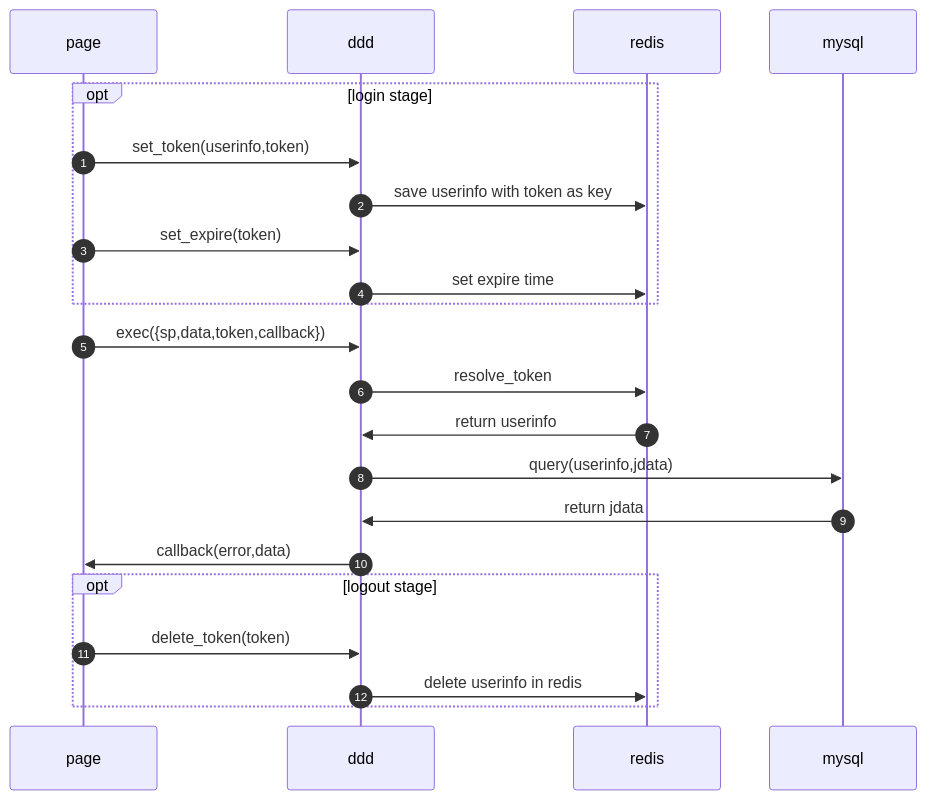
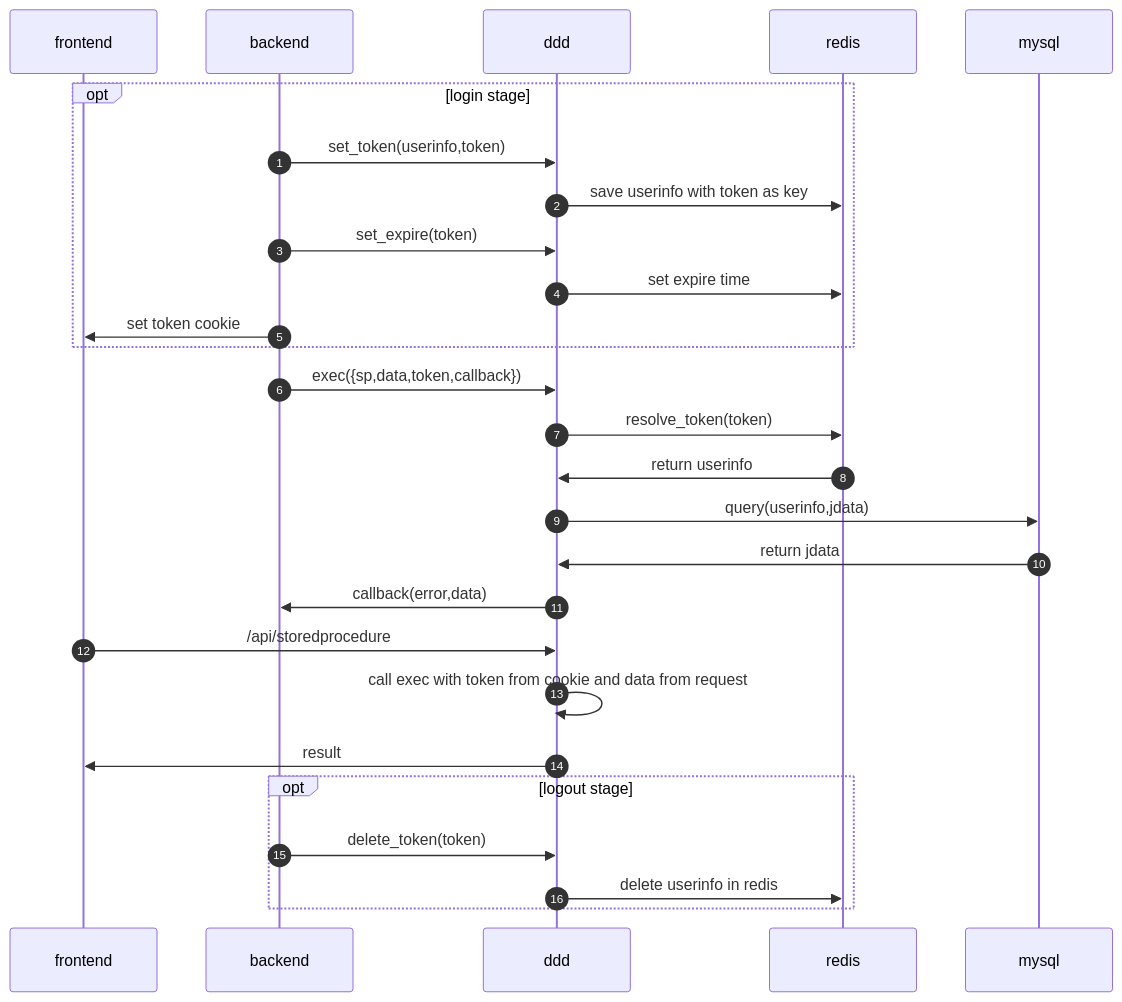
The diagram in README.md (eprom2006/wf-mysql-ddd), drawn with Mermaid before and after one commit. The commit also changed other lines of this file, not shown here.

````diff
--- a/README.md
+++ b/README.md
@@ -125,22 +6,30 @@
 ```mermaid
 sequenceDiagram
 autonumber
+    participant frontend
+    participant backend
+
     opt login stage
-    page->>ddd:set_token(userinfo,token)
+    backend->>ddd:set_token(userinfo,token)
     ddd->>redis:save userinfo with token as key
-    page->>ddd:set_expire(token)
+    backend->>ddd:set_expire(token)
     ddd->>redis:set expire time
+    backend->>frontend:set token cookie
     end
 
-    page->>ddd:exec({sp,data,token,callback})
-    ddd->>redis:resolve_token
+    backend->>ddd:exec({sp,data,token,callback})
+    ddd->>redis:resolve_token(token)
     redis->>ddd:return userinfo
     ddd->>mysql:query(userinfo,jdata)
     mysql->>ddd:return jdata
-    ddd->>page:callback(error,data)
+    ddd->>backend:callback(error,data)
+
+    frontend->>ddd:/api/storedprocedure
+    ddd->>ddd:call exec with token from cookie and data from request
+    ddd->>frontend:result
 
     opt logout stage
-    page->>ddd:delete_token(token);
+    backend->>ddd:delete_token(token);
     ddd->>redis:delete userinfo in redis
     end
 ```
````
